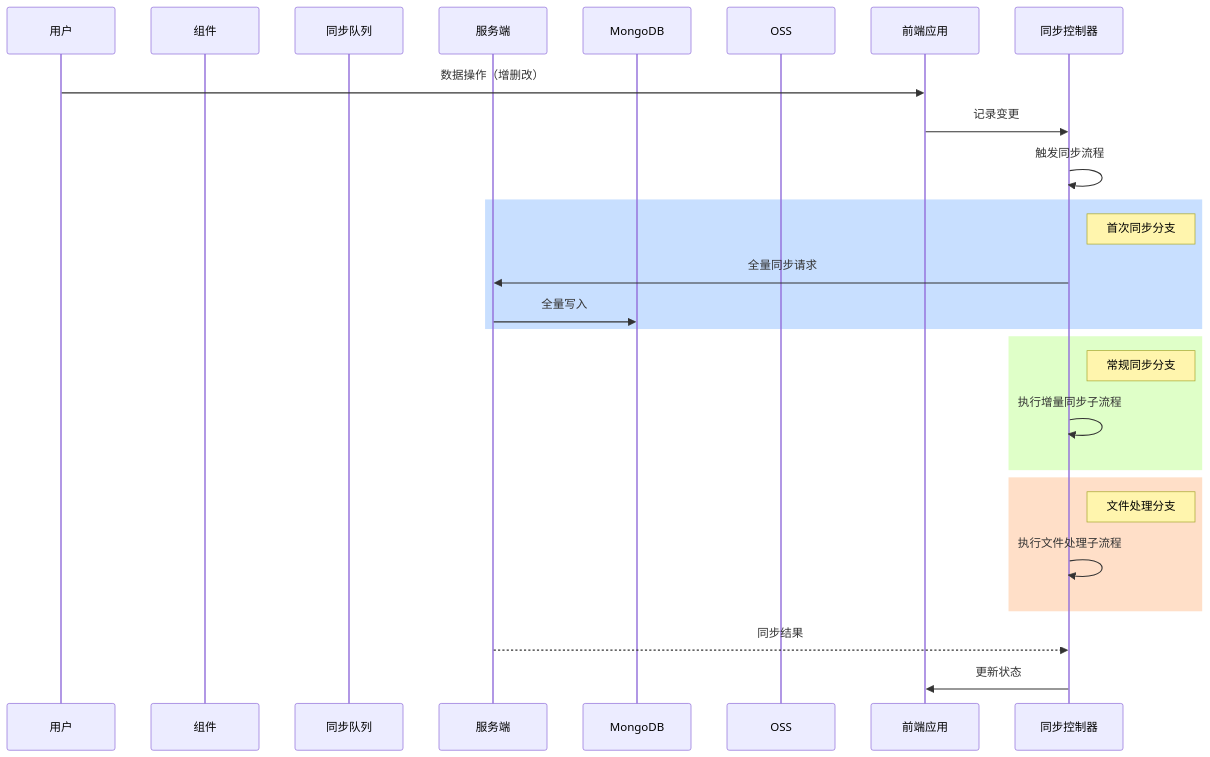
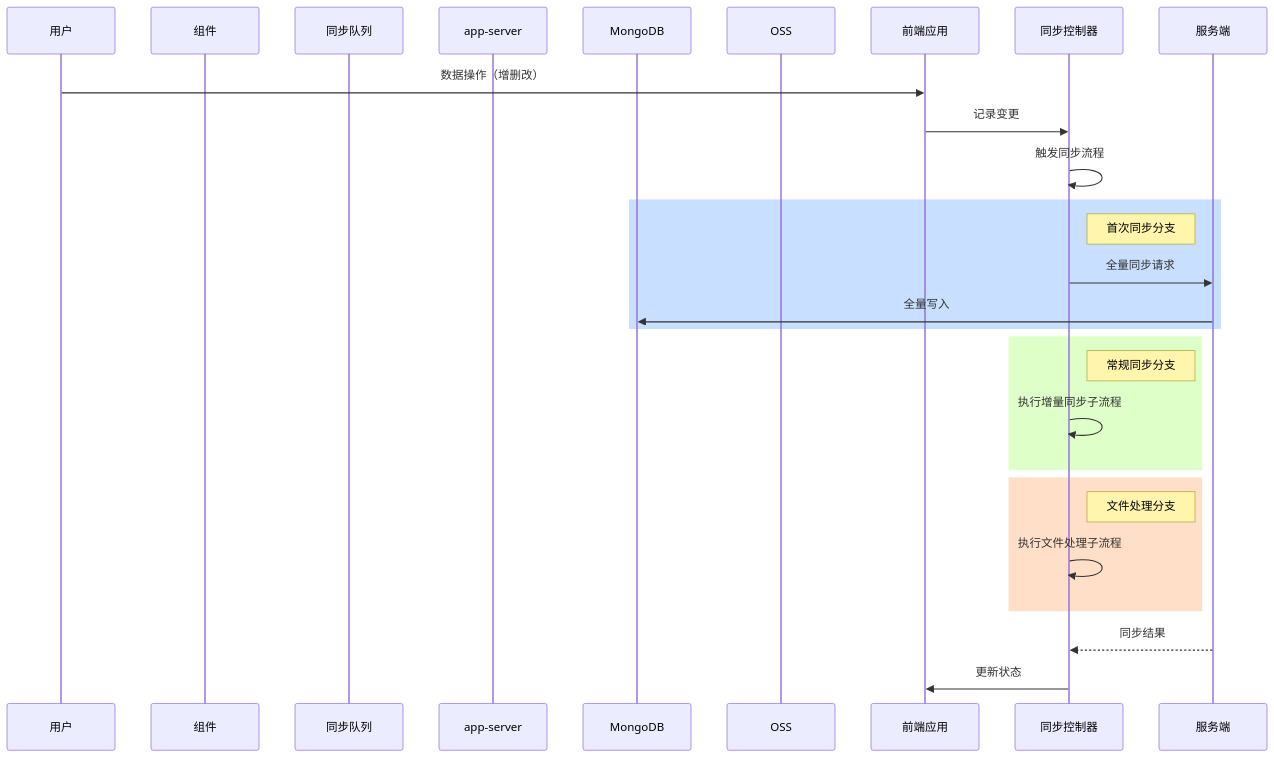
One commit to yingjianzh/iodraw-files changed the diagram in all/未命名-24.md. Above: the diagram before and after it, drawn with Mermaid.

Commit message:
2025-02-21 18:20:55 update

````diff
--- a/all/未命名-24.md
+++ b/all/未命名-24.md
@@ -1,32 +1,32 @@
 ```mermaid
 sequenceDiagram
     participant 用户
     participant 组件
     participant 同步队列
-    participant 服务端
+    participant app-server
     participant MongoDB
     participant OSS
 
     用户->>前端应用: 数据操作（增删改）
     前端应用->>同步控制器: 记录变更
     同步控制器->>同步控制器: 触发同步流程
     
     rect rgb(200,223,255)
     Note right of 同步控制器: 首次同步分支
     同步控制器->>服务端: 全量同步请求
     服务端->>MongoDB: 全量写入
     end
 
     rect rgb(223,255,200)
     Note right of 同步控制器: 常规同步分支
     同步控制器->>同步控制器: 执行增量同步子流程
     end
 
     rect rgb(255,223,200)
     Note right of 同步控制器: 文件处理分支
     同步控制器->>同步控制器: 执行文件处理子流程
     end
 
     服务端-->>同步控制器: 同步结果
     同步控制器->>前端应用: 更新状态
 ```
````
